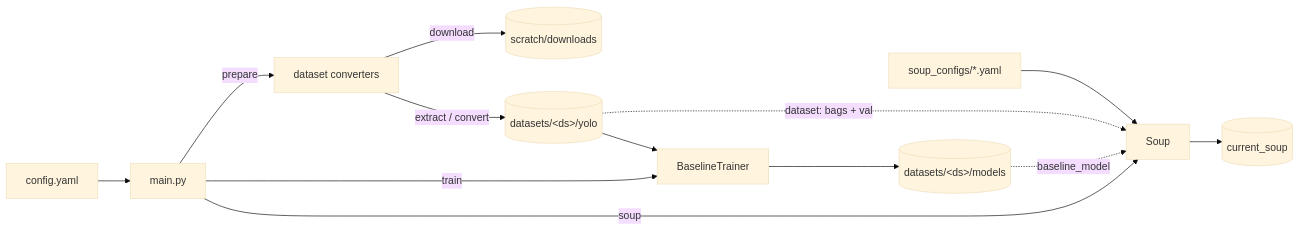
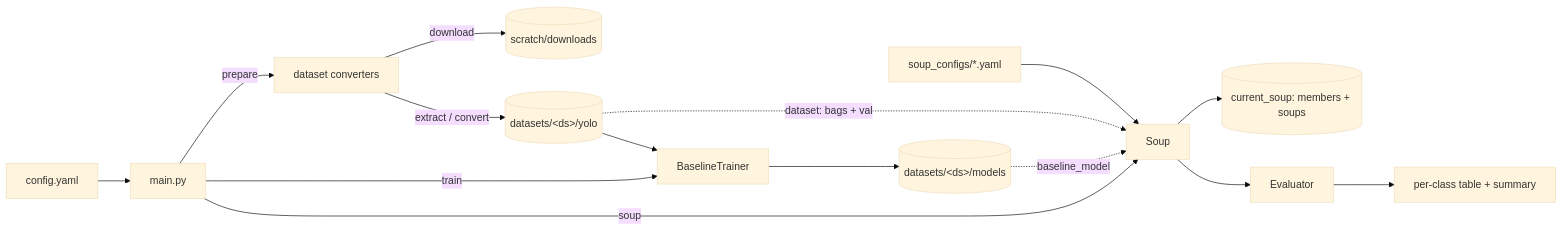
The first of 2 diagrams in README.md (michael-mayo/model_soup), drawn with Mermaid (base theme) before and after one commit. The commit also changed other lines of this file and 6 other files, not shown here.

````diff
--- a/README.md
+++ b/README.md
@@ -248,15 +285,17 @@
 ```mermaid
 flowchart LR
     CFG[config.yaml] --> MAIN[main.py]
     MAIN -- prepare --> DS[dataset converters]
     DS -- download --> DL[(scratch/downloads)]
     DS -- extract / convert --> YOLO[(datasets/&lt;ds&gt;/yolo)]
     MAIN -- train --> TR[BaselineTrainer]
     YOLO --> TR
     TR --> MODELS[(datasets/&lt;ds&gt;/models)]
     MAIN -- soup --> SOUP[Soup]
     MODELS -. baseline_model .-> SOUP
     YOLO -. dataset: bags + val .-> SOUP
     AUG[soup_configs/*.yaml] --> SOUP
-    SOUP --> MEMBERS[(current_soup)]
+    SOUP --> MEMBERS[(current_soup: members + soups)]
+    SOUP --> EVAL[Evaluator]
+    EVAL --> TABLES[per-class table + summary]
 ```
````
